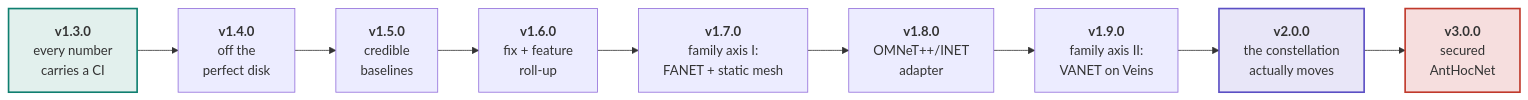
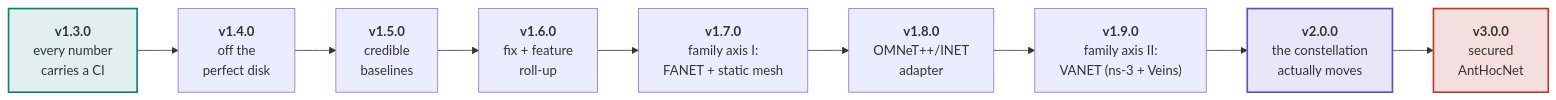
Before and after one commit to danieljoppi/AntHocNet: the first of 2 diagrams in docs/roadmap.md, drawn with Mermaid. The commit also changed other lines of this file, not shown here.

First line of the commit message:
docs(roadmap): make ns-3 the measured VANET arm (#488), Veins the confirmation (#485) (#489)

````diff
--- a/docs/roadmap.md
+++ b/docs/roadmap.md
@@ -40,18 +40,18 @@
 ```mermaid
 flowchart LR
     V13["<b>v1.3.0</b><br/>every number<br/>carries a CI"]
     V14["<b>v1.4.0</b><br/>off the<br/>perfect disk"]
     V15["<b>v1.5.0</b><br/>credible<br/>baselines"]
     V16["<b>v1.6.0</b><br/>fix + feature<br/>roll-up"]
     V17["<b>v1.7.0</b><br/>family axis I:<br/>FANET + static mesh"]
     V18["<b>v1.8.0</b><br/>OMNeT++/INET<br/>adapter"]
-    V19["<b>v1.9.0</b><br/>family axis II:<br/>VANET on Veins"]
+    V19["<b>v1.9.0</b><br/>family axis II:<br/>VANET (ns-3 + Veins)"]
     V20["<b>v2.0.0</b><br/>the constellation<br/>actually moves"]
     V30["<b>v3.0.0</b><br/>secured<br/>AntHocNet"]
 
     V13 --> V14 --> V15 --> V16 --> V17 --> V18 --> V19 --> V20 --> V30
 
     style V13 fill:#e2f0ed,stroke:#0f7f70,stroke-width:2px
     style V20 fill:#e8e6f8,stroke:#5b4fc4,stroke-width:2px
     style V30 fill:#f6dede,stroke:#c0392b,stroke-width:2px
 ```
````
